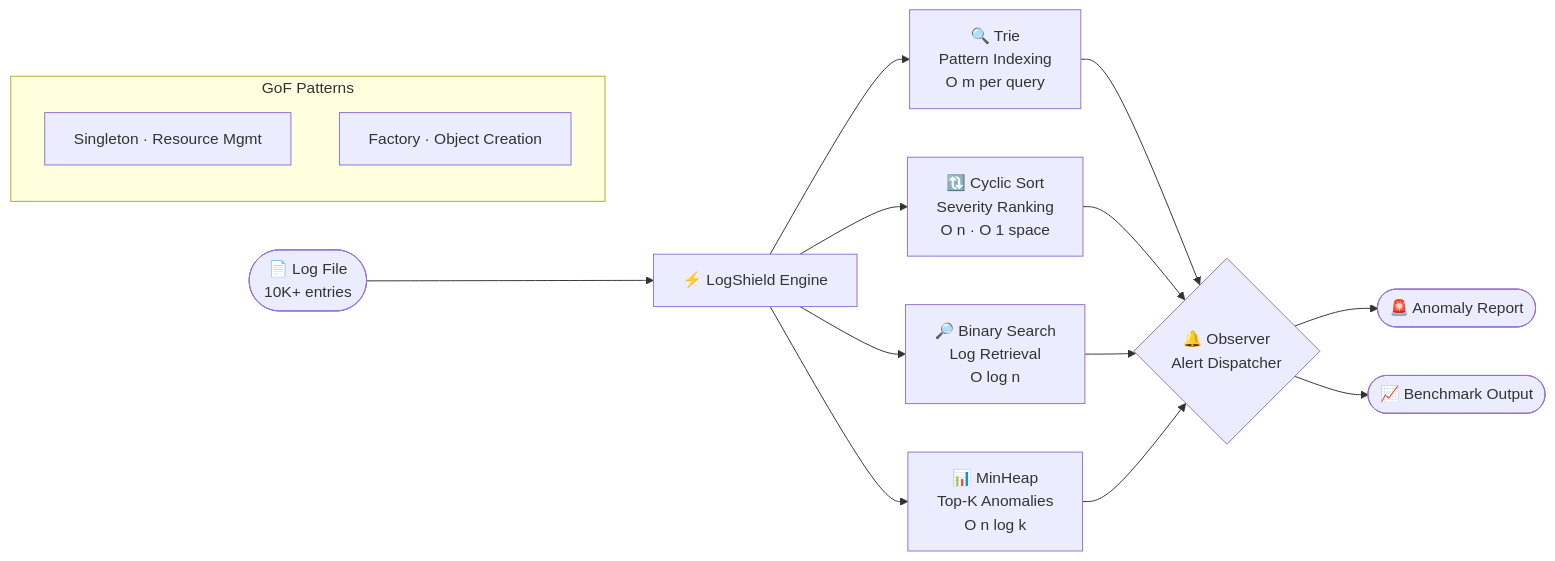
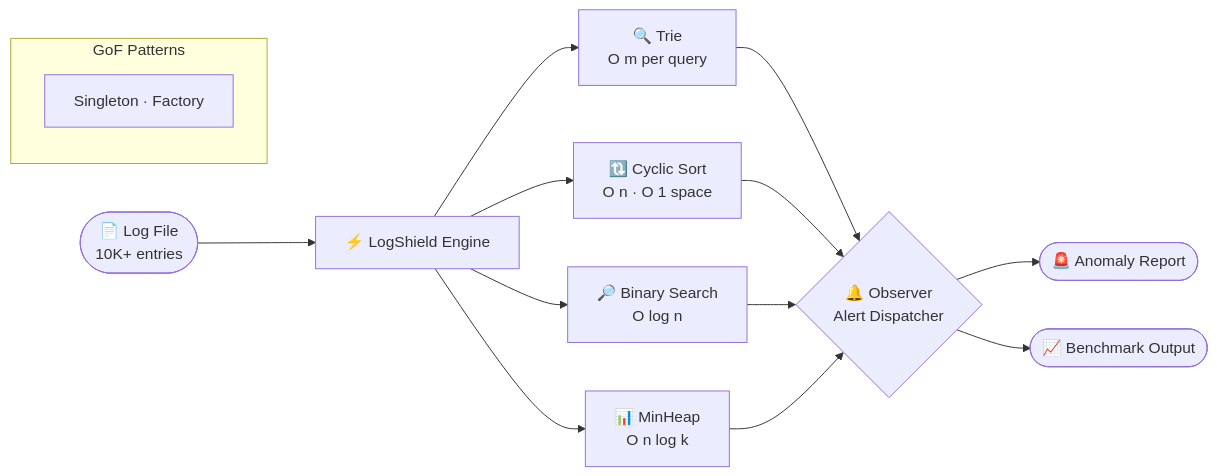
Before and after one commit to virochan-v/virochan-v: the diagram in README.md, drawn with Mermaid. The commit also changed other lines of this file, not shown here.

````diff
--- a/README.md
+++ b/README.md
@@ -244,18 +150,14 @@
 ```mermaid
 flowchart LR
     A([📄 Log File\n10K+ entries]) --> B[⚡ LogShield Engine]
-
-    B --> C[🔍 Trie\nPattern Indexing\nO m per query]
-    B --> D[🔃 Cyclic Sort\nSeverity Ranking\nO n · O 1 space]
-    B --> E[🔎 Binary Search\nLog Retrieval\nO log n]
-    B --> F[📊 MinHeap\nTop-K Anomalies\nO n log k]
-
+    B --> C[🔍 Trie\nO m per query]
+    B --> D[🔃 Cyclic Sort\nO n · O 1 space]
+    B --> E[🔎 Binary Search\nO log n]
+    B --> F[📊 MinHeap\nO n log k]
     C & D & E & F --> G{🔔 Observer\nAlert Dispatcher}
     G --> H([🚨 Anomaly Report])
     G --> I([📈 Benchmark Output])
-
     subgraph GoF Patterns
-        J[Singleton · Resource Mgmt]
-        K[Factory · Object Creation]
+        J[Singleton · Factory]
     end
 ```
````
